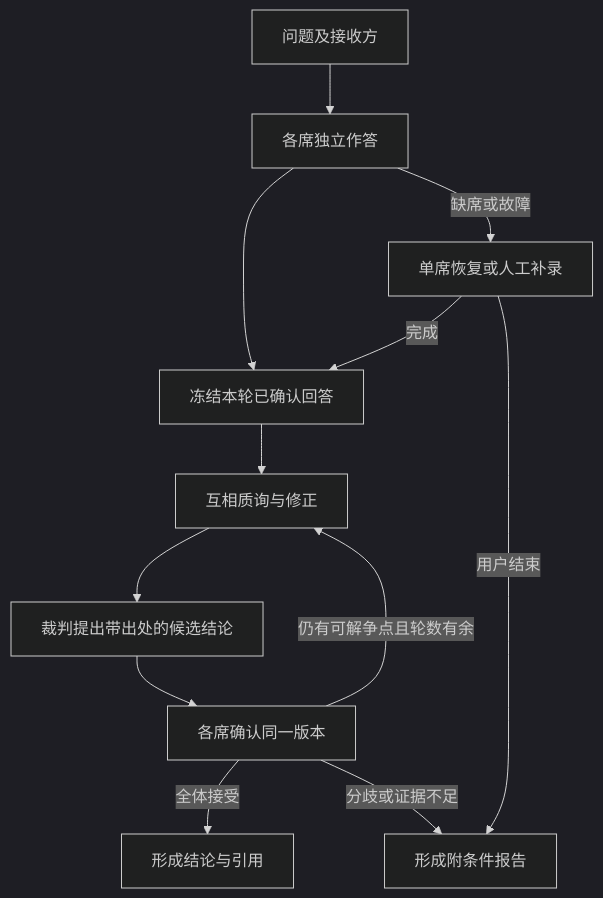
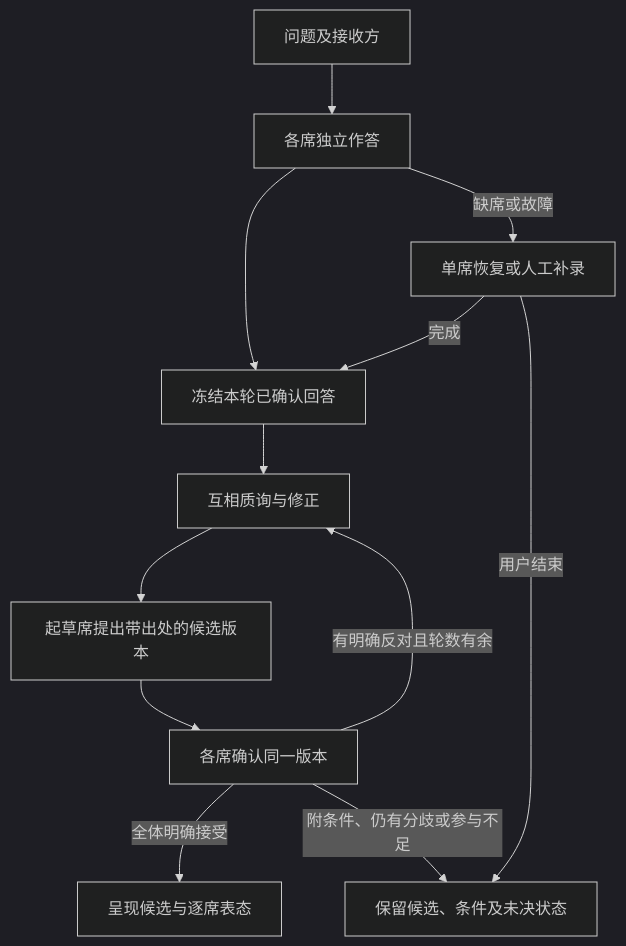
The diagram in docs/technical-design.md (zhouchangju/ai-arena), drawn with Mermaid (dark theme) before and after one commit. The commit also changed other lines of this file and 6 other files, not shown here.

````diff
--- a/docs/technical-design.md
+++ b/docs/technical-design.md
@@ -19,14 +19,14 @@
 ```mermaid
 flowchart TD
     Q[问题及接收方] --> I[各席独立作答]
     I --> F[冻结本轮已确认回答]
     F --> X[互相质询与修正]
-    X --> C[裁判提出带出处的候选结论]
+    X --> C[起草席提出带出处的候选版本]
     C --> V[各席确认同一版本]
-    V -->|全体接受| R[形成结论与引用]
-    V -->|仍有可解争点且轮数有余| X
-    V -->|分歧或证据不足| H[形成附条件报告]
+    V -->|全体明确接受| R[呈现候选与逐席表态]
+    V -->|有明确反对且轮数有余| X
+    V -->|附条件、仍有分歧或参与不足| H[保留候选、条件及未决状态]
     I -->|缺席或故障| P[单席恢复或人工补录]
     P -->|完成| F
     P -->|用户结束| H
 ```
````
